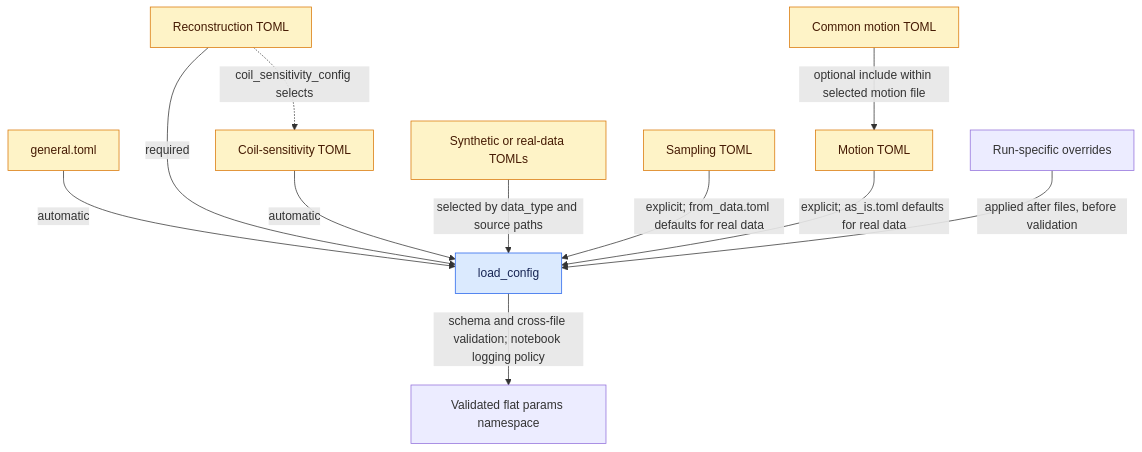
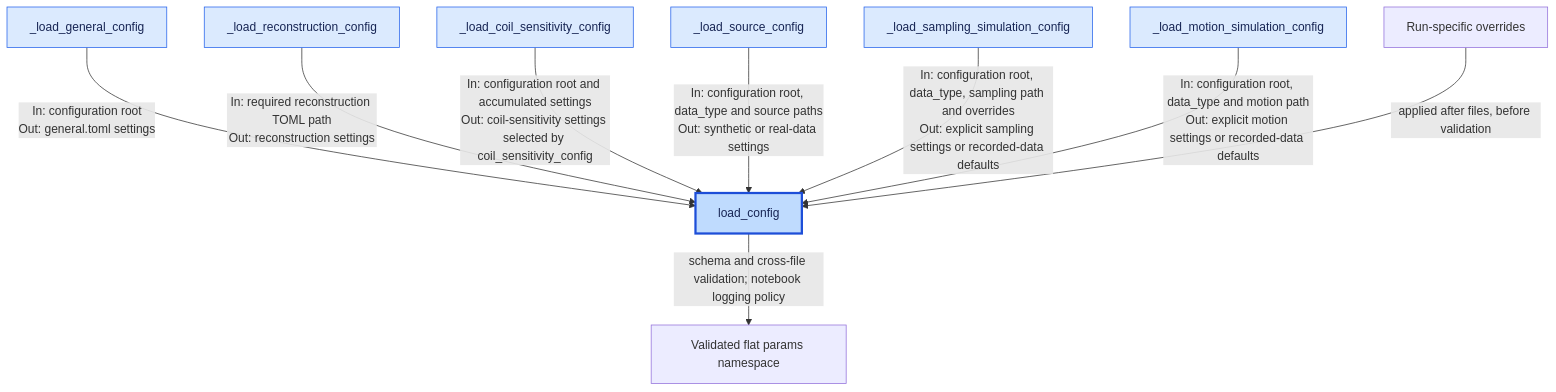
The diagram in docs/architecture/configuration.md (IADI-Nancy/GRICS-torch), drawn with Mermaid before and after one commit. The commit also changed other lines of this file and 1 other file, not shown here.

Commit message:
Refactored load config

````diff
--- a/docs/architecture/configuration.md
+++ b/docs/architecture/configuration.md
@@ -8,18 +8,16 @@
 ```mermaid
 flowchart TD
-    General[general.toml] -->|automatic| Load[load_config]
-    Reconstruction[Reconstruction TOML] -->|required| Load
-    Reconstruction -.->|coil_sensitivity_config selects| Coil[Coil-sensitivity TOML]
-    Coil -->|automatic| Load
-    Source[Synthetic or real-data TOMLs] -->|selected by data_type and source paths| Load
-    Sampling[Sampling TOML] -->|explicit; from_data.toml defaults for real data| Load
-    Motion[Motion TOML] -->|explicit; as_is.toml defaults for real data| Load
-    Common[Common motion TOML] -->|optional include within selected motion file| Motion
+    General[_load_general_config] -->|"In: configuration root<br/>Out: general.toml settings"| Load[load_config]
+    Reconstruction[_load_reconstruction_config] -->|"In: required reconstruction TOML path<br/>Out: reconstruction settings"| Load
+    Coil[_load_coil_sensitivity_config] -->|"In: configuration root and accumulated settings<br/>Out: coil-sensitivity settings selected by coil_sensitivity_config"| Load
+    Source[_load_source_config] -->|"In: configuration root, data_type and source paths<br/>Out: synthetic or real-data settings"| Load
+    Sampling[_load_sampling_simulation_config] -->|"In: configuration root, data_type, sampling path and overrides<br/>Out: explicit sampling settings or recorded-data defaults"| Load
+    Motion[_load_motion_simulation_config] -->|"In: configuration root, data_type and motion path<br/>Out: explicit motion settings or recorded-data defaults"| Load
     Overrides[Run-specific overrides] -->|applied after files, before validation| Load
     Load -->|schema and cross-file validation; notebook logging policy| Params[Validated flat params namespace]
 
     classDef pythonClass fill:#dbeafe,stroke:#2563eb,color:#172554
-    classDef inputFile fill:#fef3c7,stroke:#d97706,color:#451a03
-    class Load pythonClass
-    class General,Reconstruction,Coil,Source,Sampling,Motion,Common inputFile
+    classDef coordinator fill:#bfdbfe,stroke:#1d4ed8,stroke-width:3px,color:#172554
+    class General,Reconstruction,Coil,Source,Sampling,Motion pythonClass
+    class Load coordinator
 ```
````
